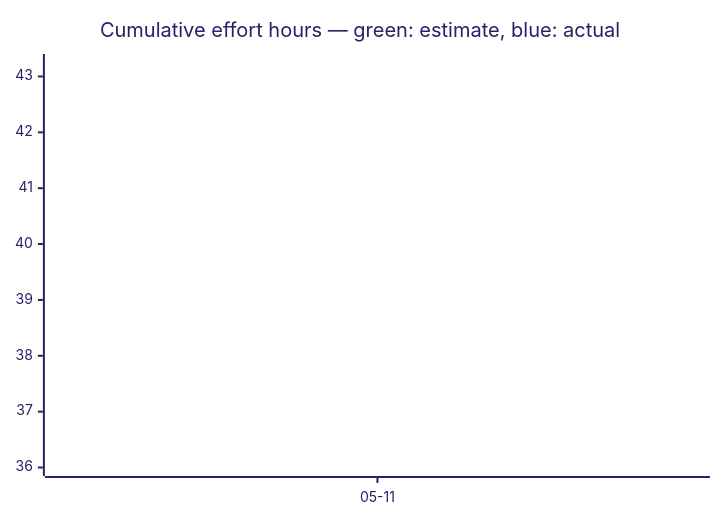
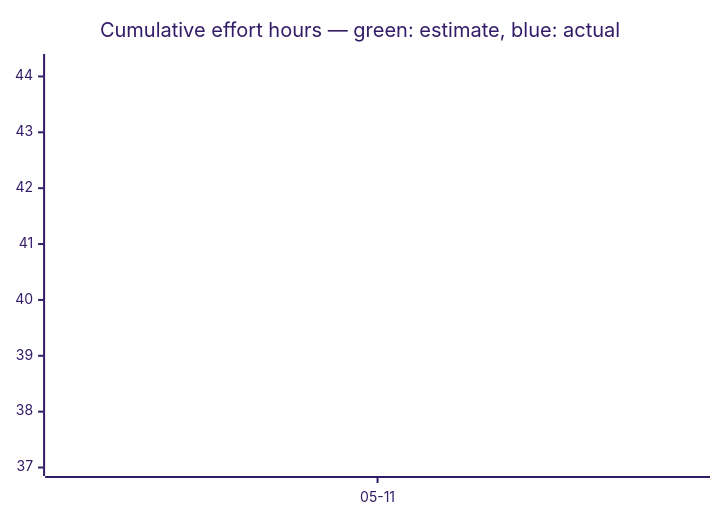
The third of 3 diagrams in docs/developers/tasks/OVERVIEW.md (tgd1975/AwesomeGuitarPedal), drawn with Mermaid (forest theme) before and after one commit. The commit also changed other lines of this file and 6 other files, not shown here.

````diff
--- a/docs/developers/tasks/OVERVIEW.md
+++ b/docs/developers/tasks/OVERVIEW.md
@@ -40,7 +40,7 @@
 ```mermaid
 xychart-beta
     title "Cumulative effort hours — green: estimate, blue: actual"
     x-axis ["05-11"]
-    line [36]
-    line [43.25]
+    line [37]
+    line [44.25]
 ```
````
